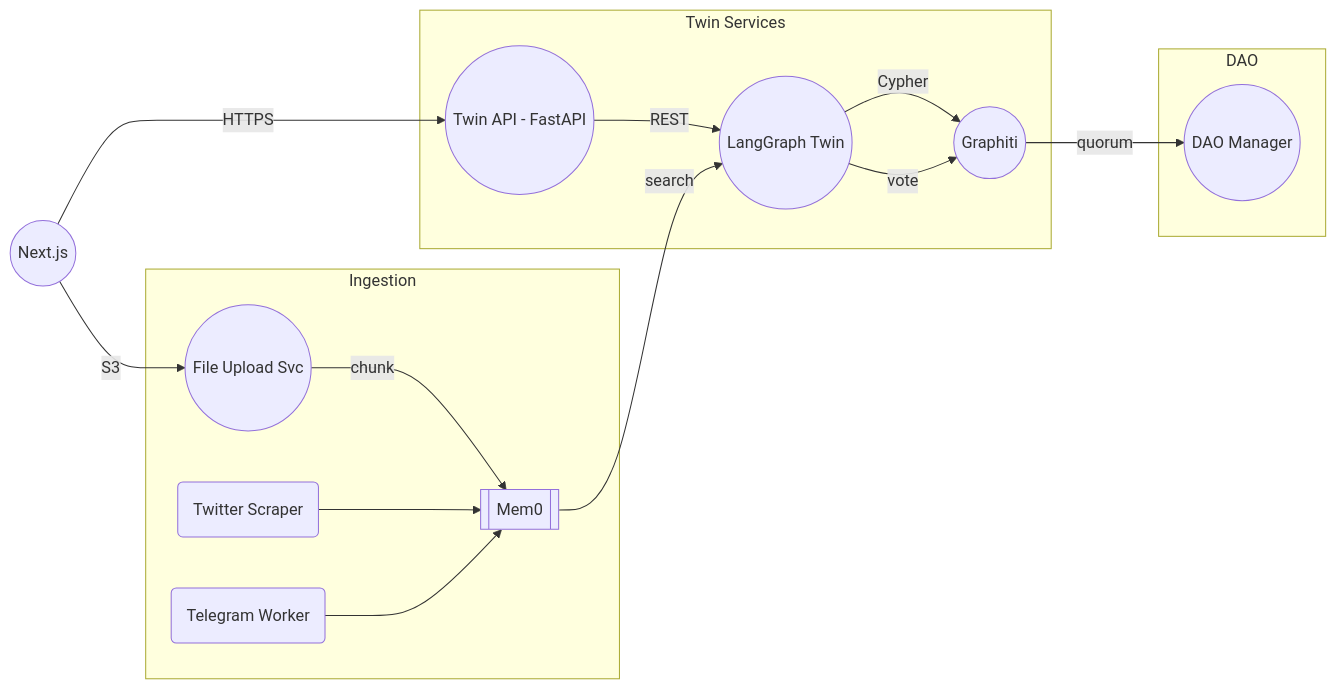
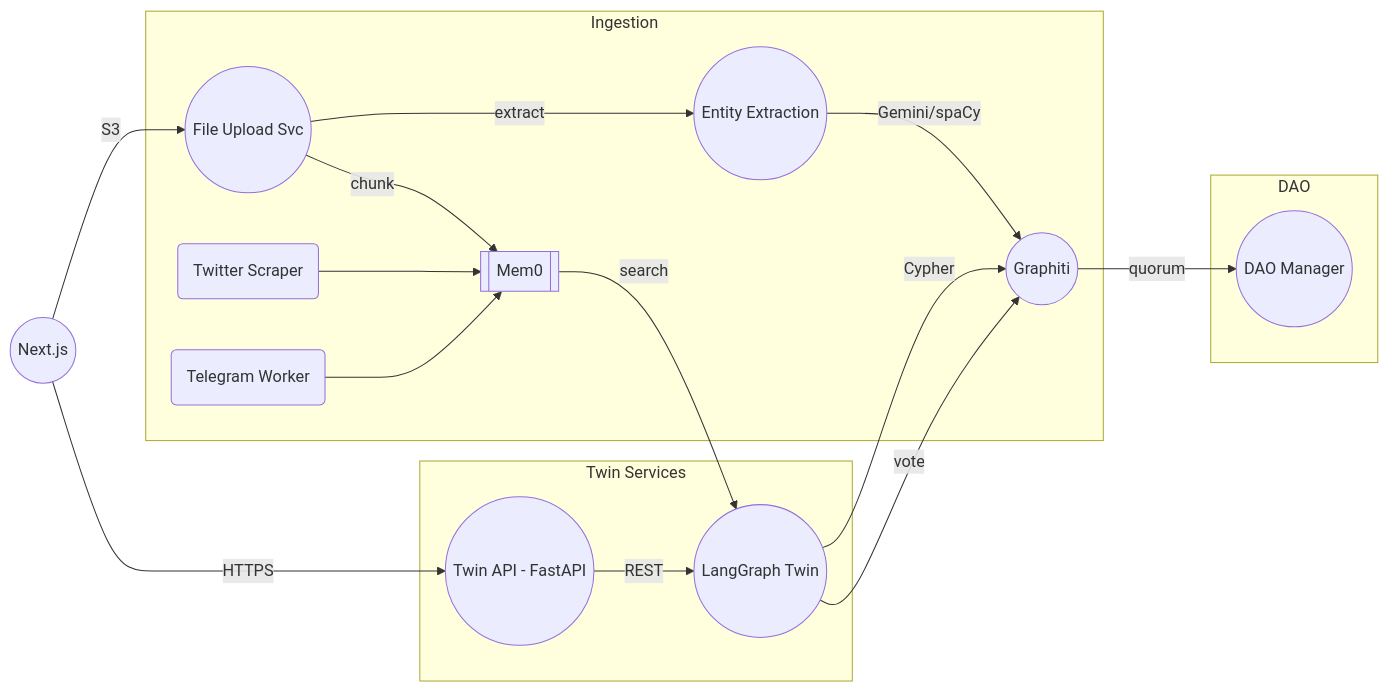
Before and after one commit to lishiyo/digital-twin-mem0: the diagram in dev_docs/v0-instructions-backend.md, drawn with Mermaid. The commit also changed other lines of this file and 11 other files, not shown here.

Commit message:
get gemini extraction working

````diff
--- a/dev_docs/v0-instructions-backend.md
+++ b/dev_docs/v0-instructions-backend.md
@@ -213,27 +221,30 @@
 ```mermaid
 graph LR
 subgraph Ingestion
   UPLOAD((File Upload Svc))
   TW(Twitter Scraper)
   TG(Telegram Worker)
+  NER((Entity Extraction))
   UPLOAD--chunk-->M0[[Mem0]]
+  UPLOAD--extract-->NER
+  NER--"Gemini/spaCy"-->GRAPHITI
   TW-->M0
   TG-->M0
 end
 subgraph Twin Services
   TWINAPI((Twin API - FastAPI))
   TWINAGENT((LangGraph Twin))
   TWINAPI--REST-->TWINAGENT
   M0--search-->TWINAGENT
   GRAPHITI((Graphiti))
   TWINAGENT--Cypher-->GRAPHITI
 end
 subgraph DAO
   VOTER((DAO Manager))
   TWINAGENT--vote-->GRAPHITI
   GRAPHITI--quorum-->VOTER
 end
 FRONTEND((Next.js))
 FRONTEND--HTTPS-->TWINAPI
 FRONTEND--S3-->UPLOAD
 ```
````
